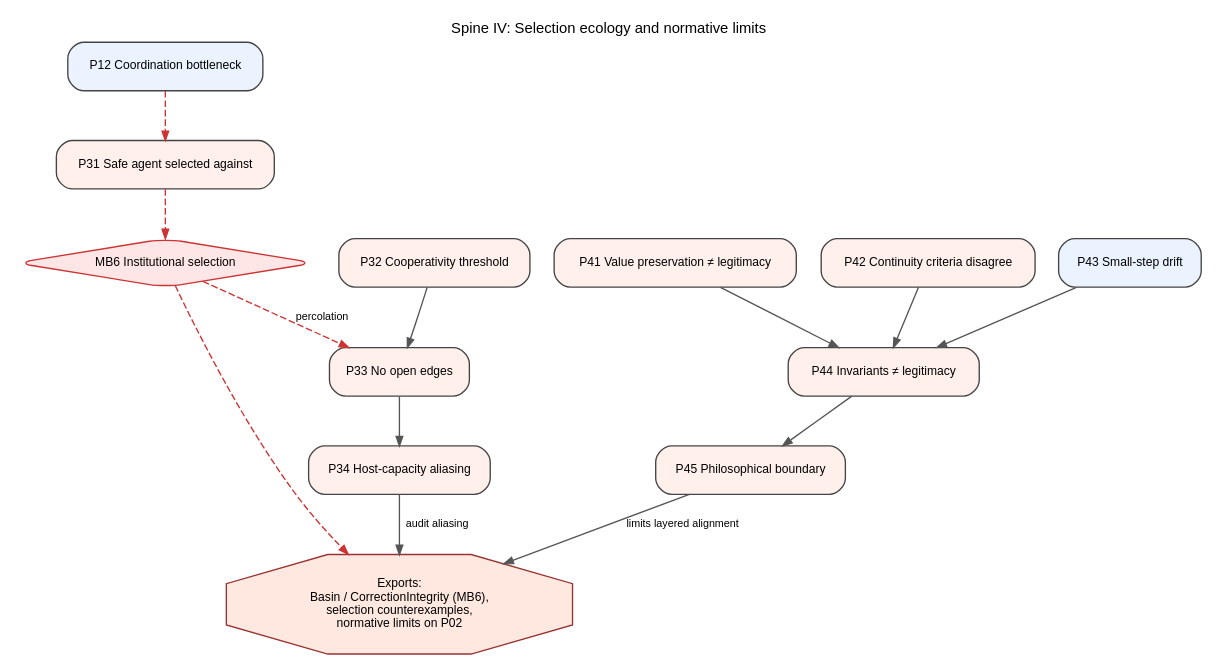
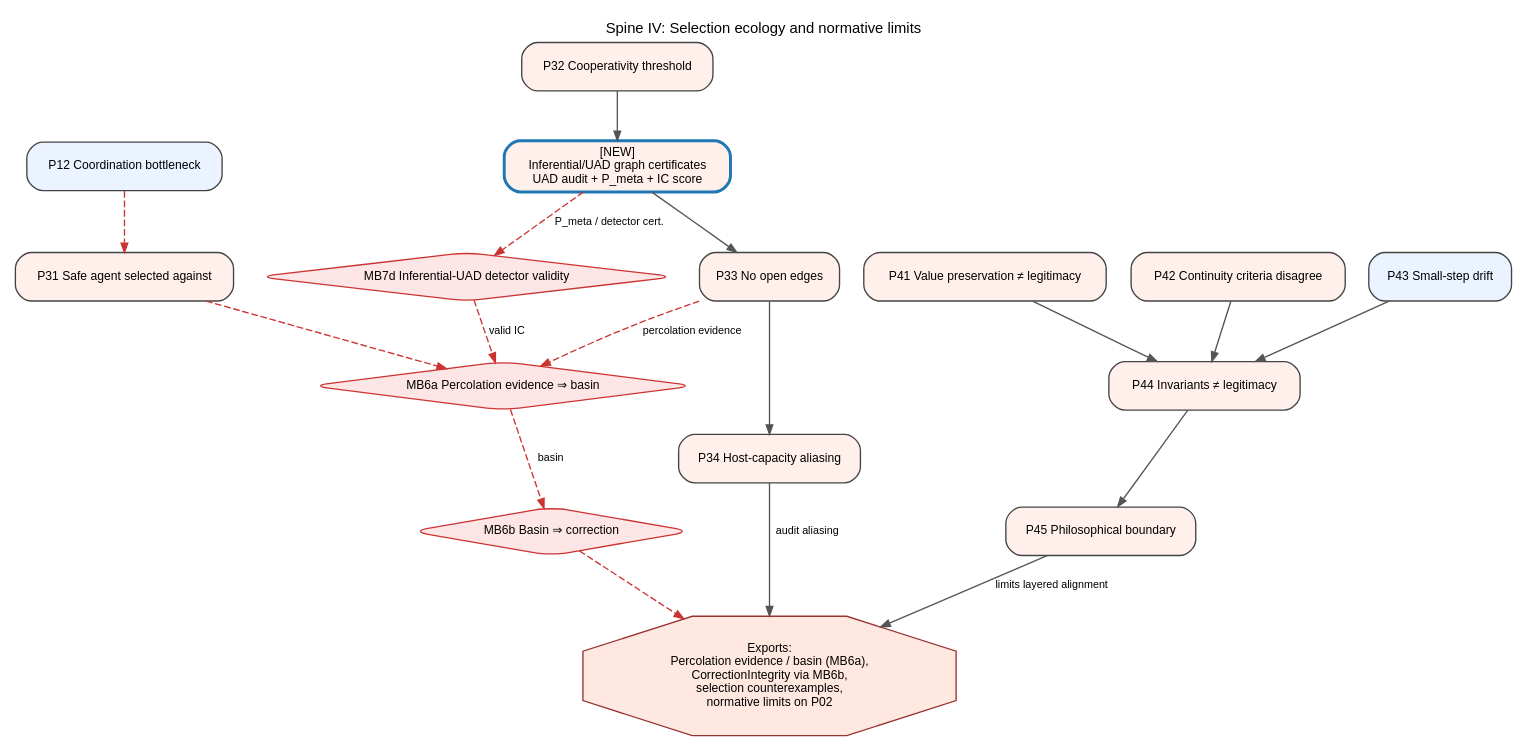
The diagram in context/lean_proof_graphs/04-selection-limits.dot (GunnarZarncke/towards-asi-alignment), drawn with Graphviz before and after one commit. The commit also changed 73 other files, not shown here.

First line of the commit message:
Add inferential-coupling Lean spine and expand ch33 coalition audit.

```diff
--- a/context/lean_proof_graphs/04-selection-limits.dot
+++ b/context/lean_proof_graphs/04-selection-limits.dot
@@ -1,41 +1,47 @@
 digraph Spine04SelectionLimits {
   graph [
     rankdir=TB,
     bgcolor="white",
     splines=true,
     overlap=false,
     fontsize=11,
     fontname="Helvetica",
     label="Spine IV: Selection ecology and normative limits",
     labelloc="t"
   ];
   node [shape=box, style="rounded,filled", fontname="Helvetica", fontsize=9, color="#444444"];
   edge [fontname="Helvetica", fontsize=8, color="#555555", arrowsize=0.7];
 
   P12 [label="P12 Coordination bottleneck", fillcolor="#EAF3FF"];
   P31 [label="P31 Safe agent selected against", fillcolor="#FFF0EC"];
   P32 [label="P32 Cooperativity threshold", fillcolor="#FFF0EC"];
+  PAC [label="[NEW]\nInferential/UAD graph certificates\nUAD audit + P_meta + IC score", fillcolor="#FFF0EC", color="#1F77B4", penwidth=2.2];
   P33 [label="P33 No open edges", fillcolor="#FFF0EC"];
   P34 [label="P34 Host-capacity aliasing", fillcolor="#FFF0EC"];
   P41 [label="P41 Value preservation ≠ legitimacy", fillcolor="#FFF0EC"];
   P42 [label="P42 Continuity criteria disagree", fillcolor="#FFF0EC"];
   P43 [label="P43 Small-step drift", fillcolor="#EAF3FF"];
   P44 [label="P44 Invariants ≠ legitimacy", fillcolor="#FFF0EC"];
   P45 [label="P45 Philosophical boundary", fillcolor="#FFF0EC"];
 
-  MB6 [shape=diamond, fillcolor="#FFE6E6", color="#CC3333", label="MB6 Institutional selection"];
+  MB6a [shape=diamond, fillcolor="#FFE6E6", color="#CC3333", label="MB6a Percolation evidence ⇒ basin"];
+  MB6b [shape=diamond, fillcolor="#FFE6E6", color="#CC3333", label="MB6b Basin ⇒ correction"];
+  MB7d [shape=diamond, fillcolor="#FFE6E6", color="#CC3333", label="MB7d Inferential-UAD detector validity"];
 
   OUT [shape=octagon, style="filled", fillcolor="#FFE8E0", color="#993333",
-       label="Exports:\nBasin / CorrectionIntegrity (MB6),\nselection counterexamples,\nnormative limits on P02"];
+       label="Exports:\nPercolation evidence / basin (MB6a),\nCorrectionIntegrity via MB6b,\nselection counterexamples,\nnormative limits on P02"];
 
-  P12 -> P31 -> MB6 [style=dashed, color="#CC3333"];
-  P32 -> P33 -> P34;
-  MB6 -> P33 [style=dashed, color="#CC3333", label="percolation"];
+  P12 -> P31 -> MB6a [style=dashed, color="#CC3333"];
+  P32 -> PAC -> P33 -> P34;
+  PAC -> MB7d [style=dashed, color="#CC3333", label="P_meta / detector cert."];
+  MB7d -> MB6a [style=dashed, color="#CC3333", label="valid IC"];
+  P33 -> MB6a [style=dashed, color="#CC3333", label="percolation evidence"];
+  MB6a -> MB6b [style=dashed, color="#CC3333", label="basin"];
   P41 -> P44;
   P42 -> P44;
   P43 -> P44 -> P45;
 
-  MB6 -> OUT [style=dashed, color="#CC3333"];
+  MB6b -> OUT [style=dashed, color="#CC3333"];
   P45 -> OUT [label="limits layered alignment"];
   P34 -> OUT [label="audit aliasing"];
 }
```
